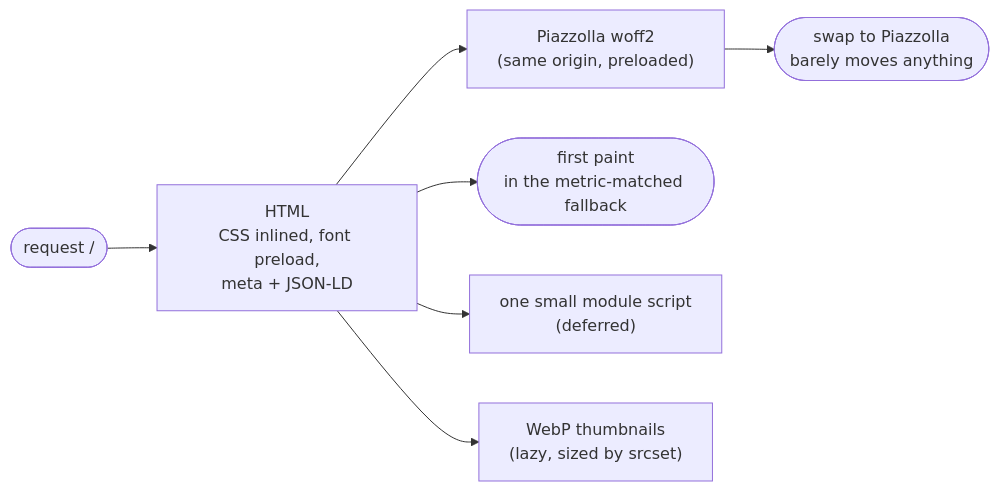
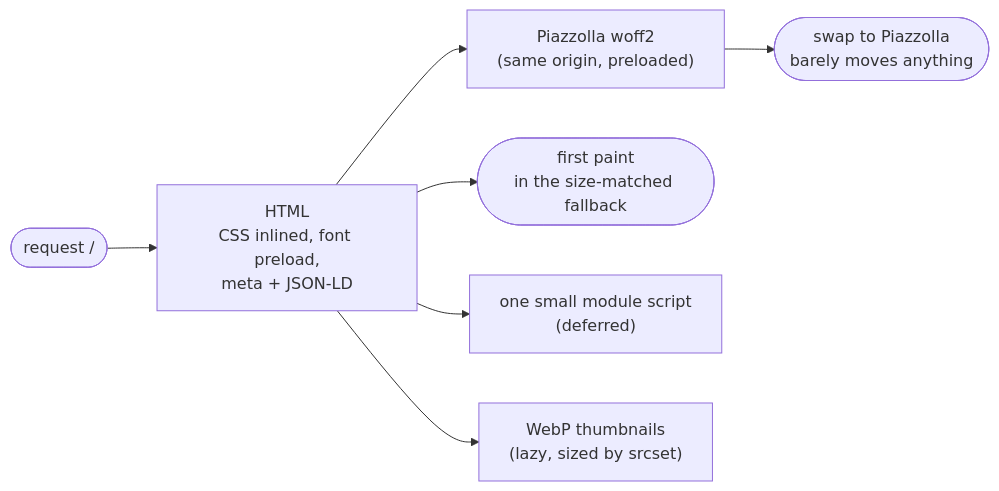
The diagram in docs/performance-seo.md (ClarkGH/clarkgh.github.io), drawn with Mermaid before and after one commit. The commit also changed other lines of this file and 4 other files, not shown here.

````diff
--- a/docs/performance-seo.md
+++ b/docs/performance-seo.md
@@ -37,9 +38,9 @@
 ```mermaid
 flowchart LR
     req(["request /"]) --> html["HTML<br/>CSS inlined, font preload,<br/>meta + JSON-LD"]
     html --> font["Piazzolla woff2<br/>(same origin, preloaded)"]
-    html --> paint(["first paint<br/>in the metric-matched fallback"])
+    html --> paint(["first paint<br/>in the size-matched fallback"])
     font --> swap(["swap to Piazzolla<br/>barely moves anything"])
     html --> js["one small module script<br/>(deferred)"]
     html --> imgs["WebP thumbnails<br/>(lazy, sized by srcset)"]
 ```
````
